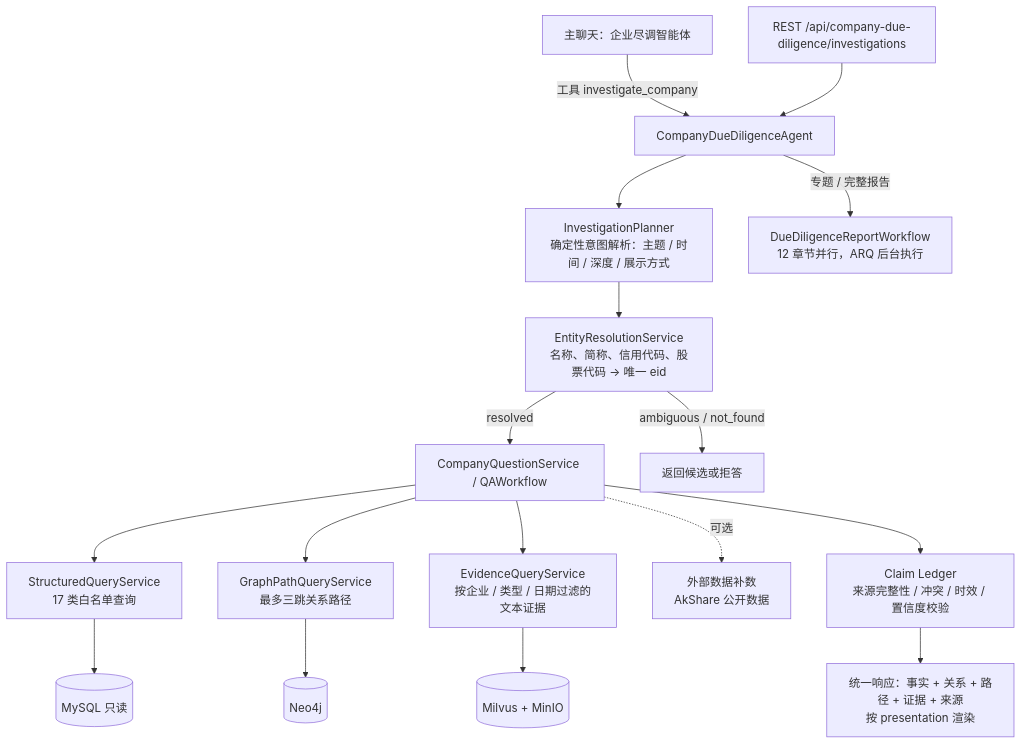
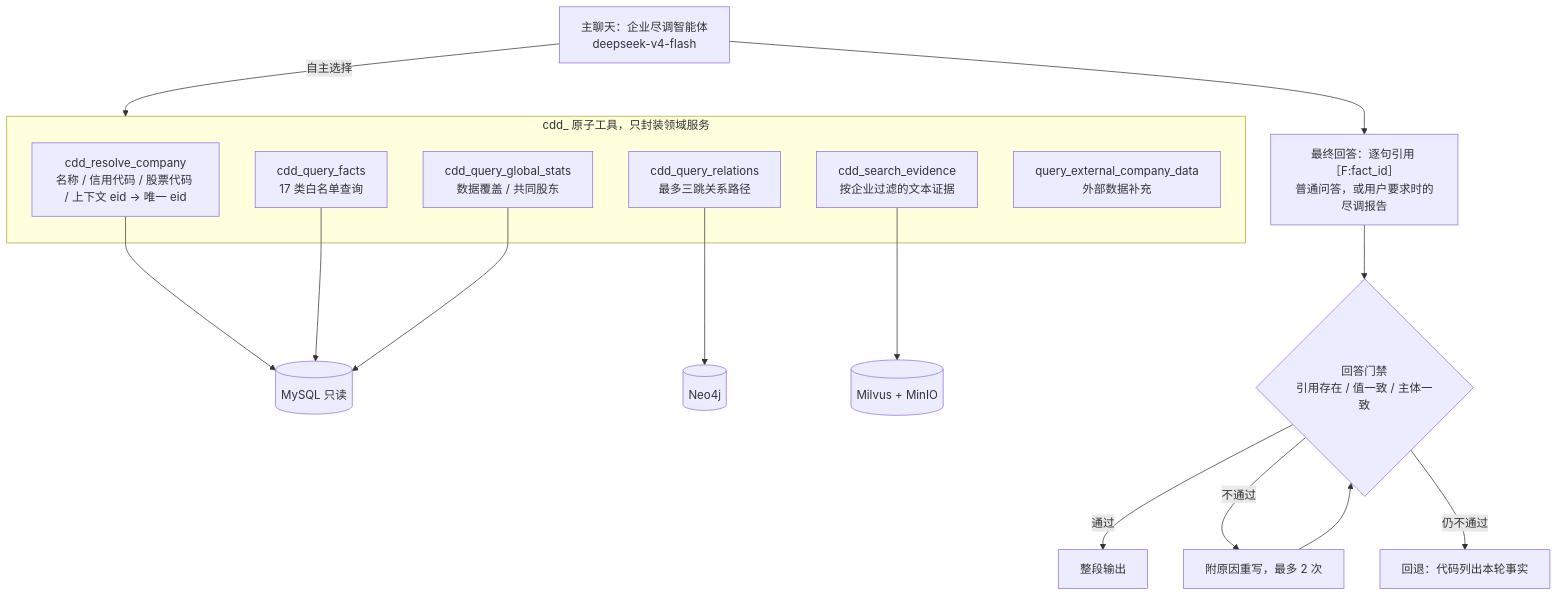
One commit to 1yu2/company-relation changed the second of 3 diagrams in README.md. Above: the diagram before and after it, drawn with Mermaid. The commit also changed other lines of this file and 78 other files, not shown here.

First line of the commit message:
refactor(cdd): 企业尽调整体 Agent 化，移除确定性工作流与旧报告链路

````diff
--- a/README.md
+++ b/README.md
@@ -47,19 +47,21 @@
 ```mermaid
 flowchart TB
-    Chat[主聊天：企业尽调智能体] -->|工具 investigate_company| Agent
-    REST[REST /api/company-due-diligence/investigations] --> Agent
-    Agent[CompanyDueDiligenceAgent] --> Plan[InvestigationPlanner<br/>确定性意图解析：主题 / 时间 / 深度 / 展示方式]
-    Plan --> Resolve[EntityResolutionService<br/>名称、简称、信用代码、股票代码 → 唯一 eid]
-    Resolve -->|resolved| QA[CompanyQuestionService / QAWorkflow]
-    Resolve -->|ambiguous / not_found| Reject[返回候选或拒答]
-    QA --> SQ[StructuredQueryService<br/>17 类白名单查询]
-    QA --> GP[GraphPathQueryService<br/>最多三跳关系路径]
-    QA --> EV[EvidenceQueryService<br/>按企业 / 类型 / 日期过滤的文本证据]
-    QA -.可选.-> EXT[外部数据补数<br/>AkShare 公开数据]
-    SQ --> MY[(MySQL 只读)]
-    GP --> NEO[(Neo4j)]
-    EV --> MV[(Milvus + MinIO)]
-    QA --> Ledger[Claim Ledger<br/>来源完整性 / 冲突 / 时效 / 置信度校验]
-    Ledger --> Out[统一响应：事实 + 关系 + 路径 + 证据 + 来源<br/>按 presentation 渲染]
-    Agent -->|专题 / 完整报告| Report[DueDiligenceReportWorkflow<br/>12 章节并行，ARQ 后台执行]
+    Chat[主聊天：企业尽调智能体<br/>deepseek-v4-flash] -->|自主选择| Tools
+    subgraph Tools[cdd_ 原子工具，只封装领域服务]
+        R[cdd_resolve_company<br/>名称 / 信用代码 / 股票代码 / 上下文 eid → 唯一 eid]
+        F[cdd_query_facts<br/>17 类白名单查询]
+        P[cdd_query_relations<br/>最多三跳关系路径]
+        E[cdd_search_evidence<br/>按企业过滤的文本证据]
+        G[cdd_query_global_stats<br/>数据覆盖 / 共同股东]
+        X[query_external_company_data<br/>外部数据补充]
+    end
+    R & F & G --> MY[(MySQL 只读)]
+    P --> NEO[(Neo4j)]
+    E --> MV[(Milvus + MinIO)]
+    Chat --> Ans[最终回答：逐句引用 ［F:fact_id］<br/>普通问答，或用户要求时的尽调报告]
+    Ans --> Gate{回答门禁<br/>引用存在 / 值一致 / 主体一致}
+    Gate -->|通过| Out[整段输出]
+    Gate -->|不通过| Rewrite[附原因重写，最多 2 次]
+    Rewrite --> Gate
+    Gate -->|仍不通过| Fallback[回退：代码列出本轮事实]
 ```
````
